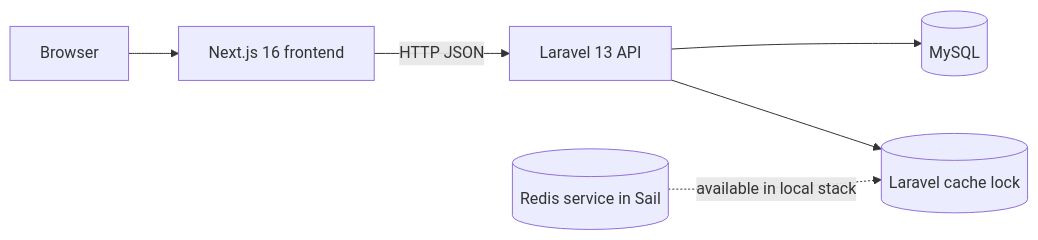
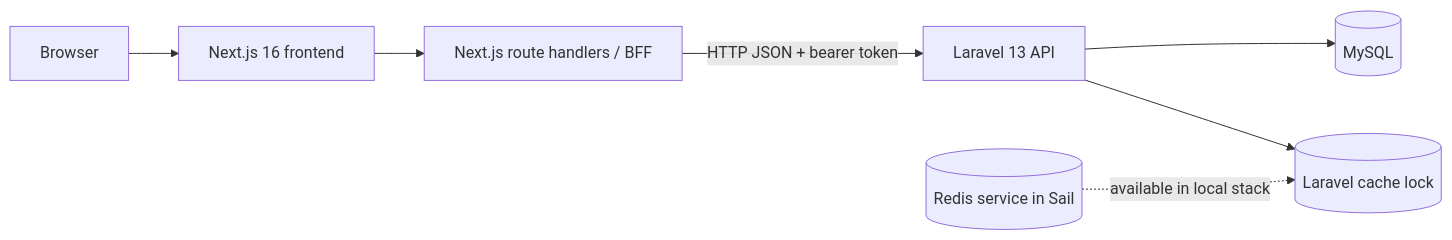
One commit to Sendyawldn/fishbooker changed the diagram in docs/architecture.md. Above: the diagram before and after it, drawn with Mermaid. The commit also changed other lines of this file and 65 other files, not shown here.

Commit message:
feat: add payment flow, admin reporting, and http-only auth session

````diff
--- a/docs/architecture.md
+++ b/docs/architecture.md
@@ -16,15 +16,17 @@
 ```mermaid
 flowchart LR
     Browser[Browser]
     Frontend[Next.js 16 frontend]
+    BFF[Next.js route handlers / BFF]
     Backend[Laravel 13 API]
     MySQL[(MySQL)]
     Cache[(Laravel cache lock)]
     Redis[(Redis service in Sail)]
 
     Browser --> Frontend
-    Frontend -->|HTTP JSON| Backend
+    Frontend --> BFF
+    BFF -->|HTTP JSON + bearer token| Backend
     Backend --> MySQL
     Backend --> Cache
     Redis -. available in local stack .-> Cache
 ```
````
